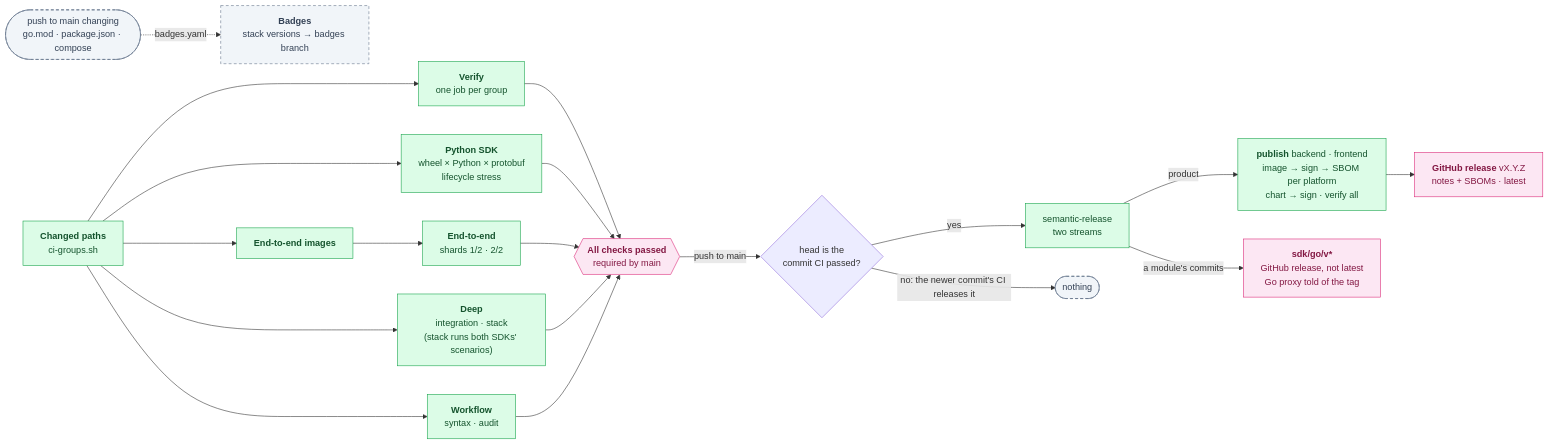
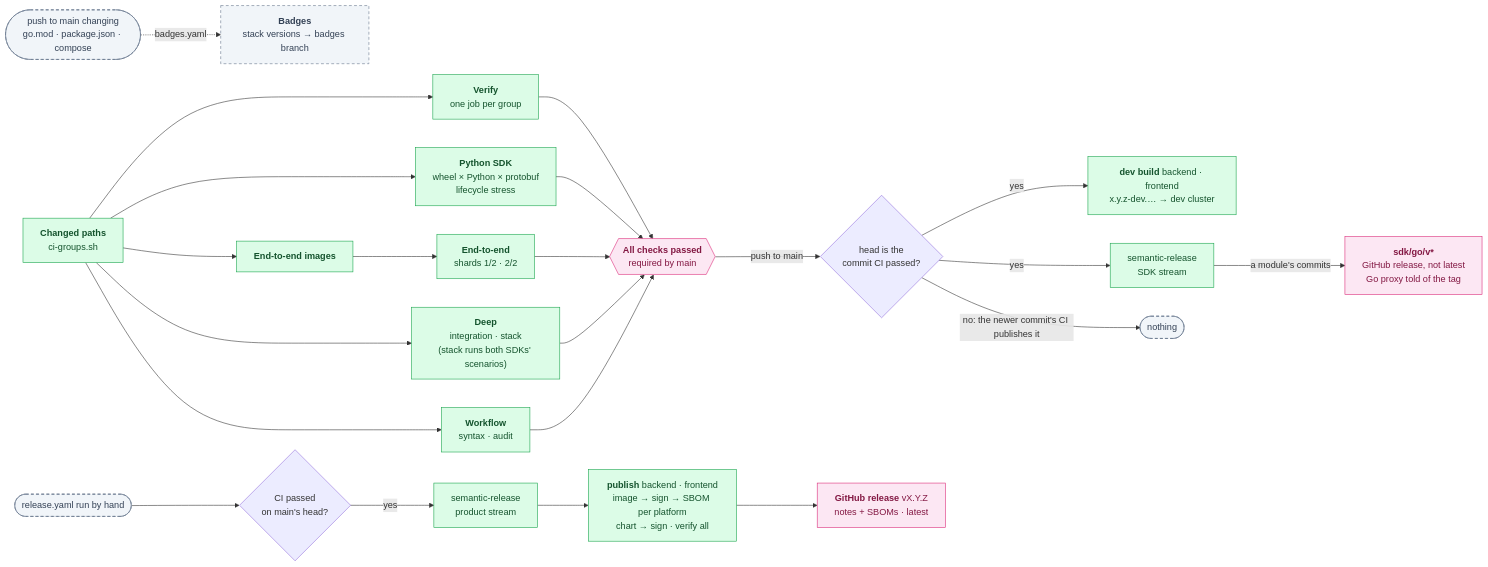
The diagram in docs/how-changes-land.md (oleg-tkachuk/paladin), drawn with Mermaid before and after one commit. The commit also changed other lines of this file and 9 other files, not shown here.

First line of the commit message:
ci(release): release the product by hand, as a train

````diff
--- a/docs/how-changes-land.md
+++ b/docs/how-changes-land.md
@@ -36,34 +43,39 @@
 ```mermaid
 flowchart LR
     chg["<b>Changed paths</b><br/>ci-groups.sh"]
     v["<b>Verify</b><br/>one job per group"]
     py["<b>Python SDK</b><br/>wheel × Python × protobuf<br/>lifecycle stress"]
     img["<b>End-to-end images</b>"]
     e2e["<b>End-to-end</b><br/>shards 1/2 · 2/2"]
     deep["<b>Deep</b><br/>integration · stack<br/>(stack runs both SDKs' scenarios)"]
     wf["<b>Workflow</b><br/>syntax · audit"]
     ok{{"<b>All checks passed</b><br/>required by main"}}
     head{"head is the<br/>commit CI passed?"}
-    tag["semantic-release<br/>two streams"]
+    dev["<b>dev build</b> backend · frontend<br/>x.y.z-dev.… → dev cluster"]
+    sdk["semantic-release<br/>SDK stream"]
+    hand(["release.yaml run by hand"])
+    passed{"CI passed<br/>on main's head?"}
+    tag["semantic-release<br/>product stream"]
     pub["<b>publish</b> backend · frontend<br/>image → sign → SBOM per platform<br/>chart → sign · verify all"]
     ann["<b>GitHub release</b> vX.Y.Z<br/>notes + SBOMs · latest"]
     mods["<b>sdk/go/v*</b><br/>GitHub release, not latest<br/>Go proxy told of the tag"]
     badges["<b>Badges</b><br/>stack versions → badges branch"]
 
     chg --> v & py & img & deep & wf
     img --> e2e
     v & py & e2e & deep & wf --> ok
     ok -- "push to main" --> head
-    head -- yes --> tag
-    tag -- "product" --> pub --> ann
-    tag -- "a module's commits" --> mods
-    head -- "no: the newer commit's CI releases it" --> skip(["nothing"])
+    head -- yes --> dev & sdk
+    sdk -- "a module's commits" --> mods
+    head -- "no: the newer commit's CI publishes it" --> skip(["nothing"])
+    hand --> passed
+    passed -- yes --> tag --> pub --> ann
     pin(["push to main changing<br/>go.mod · package.json · compose"]) -. "badges.yaml" .-> badges
 
     classDef role fill:#DCFCE7,stroke:#16A34A,color:#14532D
     classDef optional fill:#F1F5F9,stroke:#64748B,color:#334155,stroke-dasharray:5 4
     classDef external fill:#FCE7F3,stroke:#DB2777,color:#831843
-    class chg,v,py,img,e2e,deep,wf,tag,pub role
-    class skip,badges,pin optional
+    class chg,v,py,img,e2e,deep,wf,tag,pub,dev,sdk role
+    class skip,badges,pin,hand optional
     class ok,ann,mods external
 ```
````
